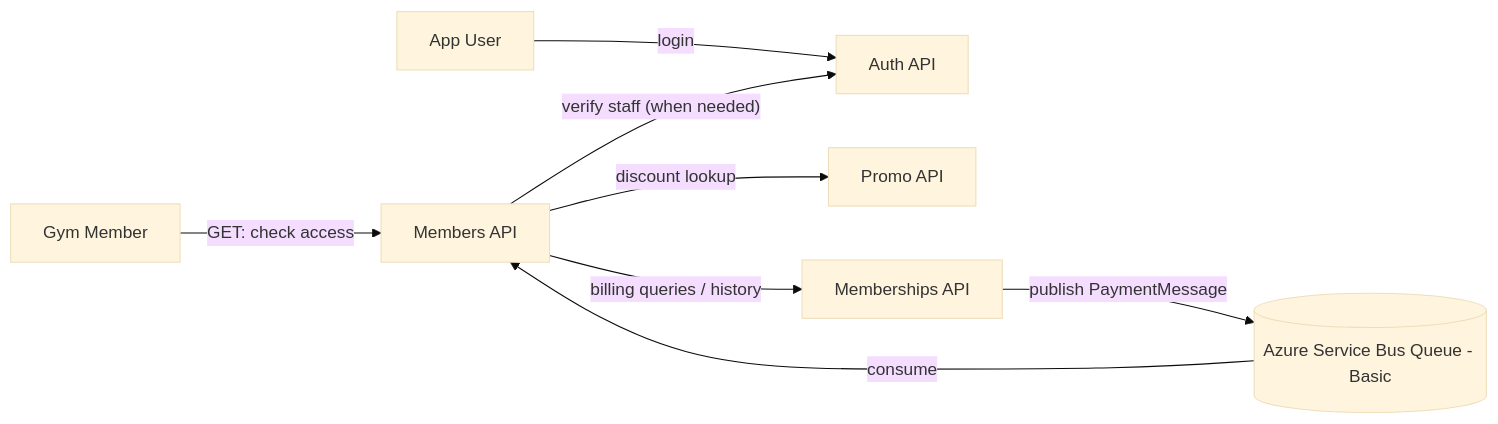
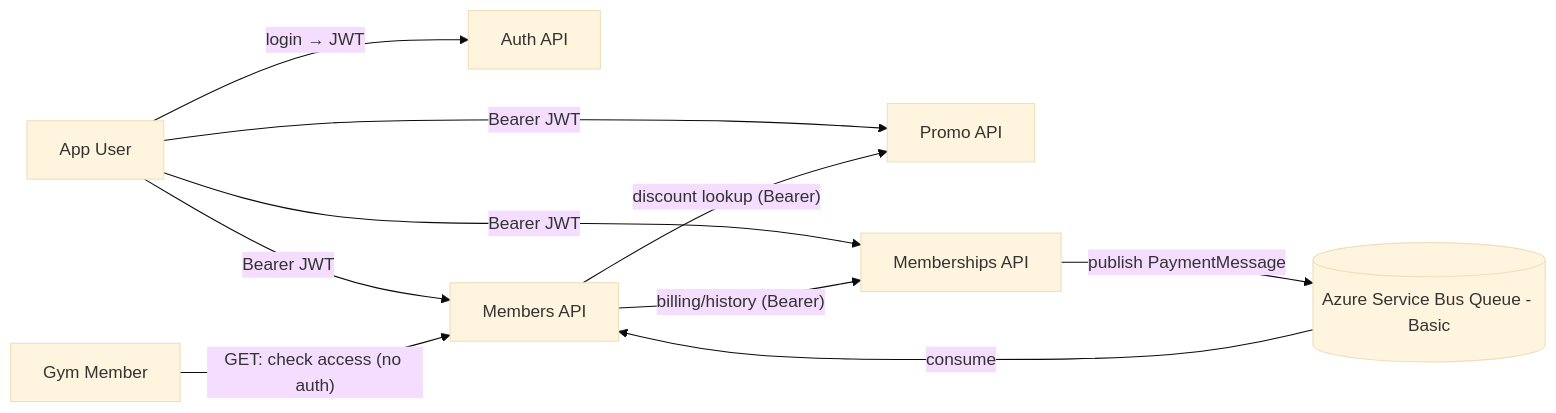
One commit to Roshaa/GymManagement_Microservices changed the diagram in README.md. Above: the diagram before and after it, drawn with Mermaid (base theme).

Commit message:
Enhance README with architecture diagram and context
Added detailed architecture diagram and context for service bus usage.

````diff
--- a/README.md
+++ b/README.md
@@ -20,13 +20,33 @@
 ```mermaid
 flowchart LR
-  U[App User] -->|login| A[Auth API]
-  GM[Gym Member] -->|"GET: check access"| M[Members API]
+  %% Clients
+  U[App User]
+  GM[Gym Member]
 
-  M -->|"verify staff (when needed)"| A
-  M -->|"discount lookup"| P[Promo API]
-  M -->|"billing queries / history"| B[Memberships API]
+  %% Services
+  A[Auth API]
+  M[Members API]
+  P[Promo API]
+  B[Memberships API]
+  Q[(Azure Service Bus Queue - Basic)]
 
-  B -->|"publish PaymentMessage"| Q[(Azure Service Bus Queue - Basic)]
+  %% Auth flow
+  U -->|login → JWT| A
+
+  %% Authenticated calls (all services use Auth-issued JWT)
+  U -->|"Bearer JWT"| M
+  U -->|"Bearer JWT"| P
+  U -->|"Bearer JWT"| B
+
+  %% Member access check (no auth)
+  GM -->|"GET: check access (no auth)"| M
+
+  %% Service-to-service (authenticated)
+  M -->|"discount lookup (Bearer)"| P
+  M -->|"billing/history (Bearer)"| B
+
+  %% Messaging
+  B -->|"publish PaymentMessage"| Q
   Q -->|"consume"| M
 
 ```
````
